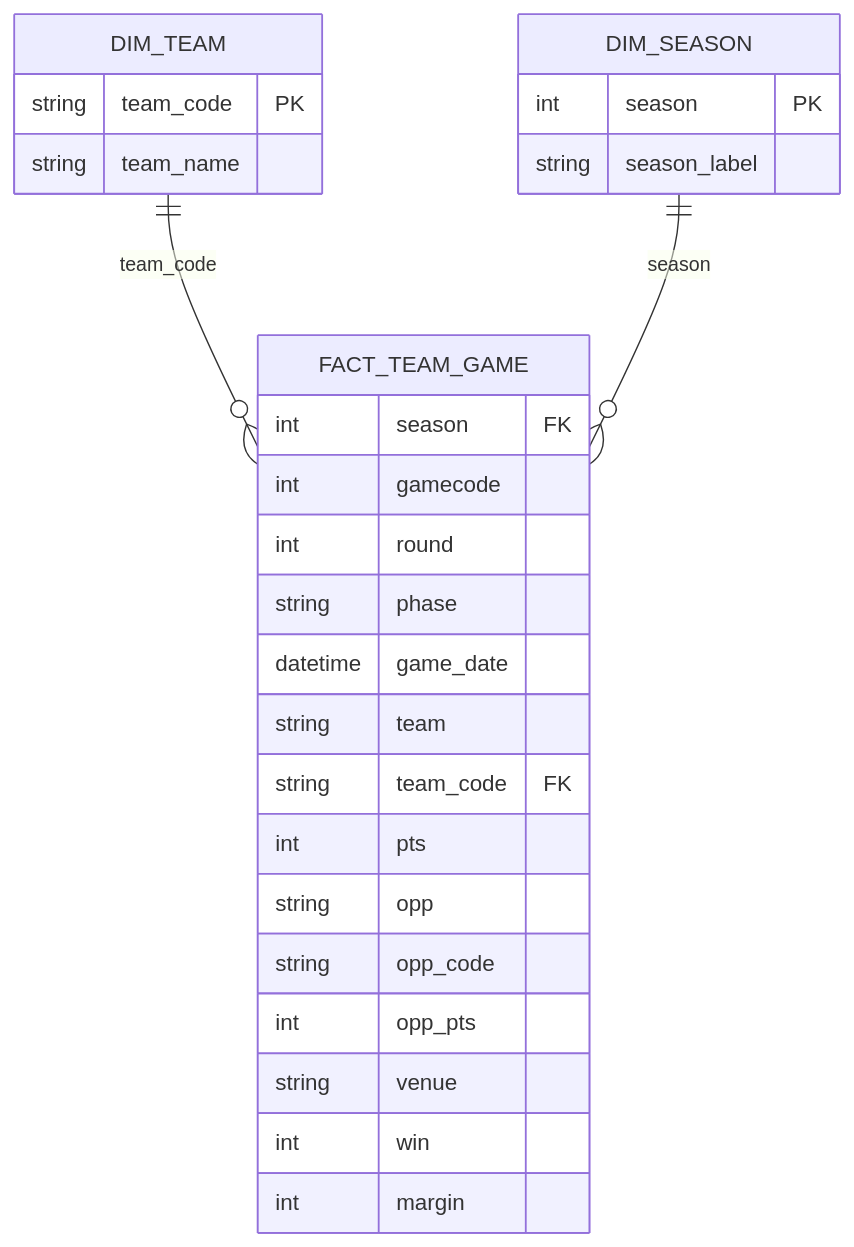
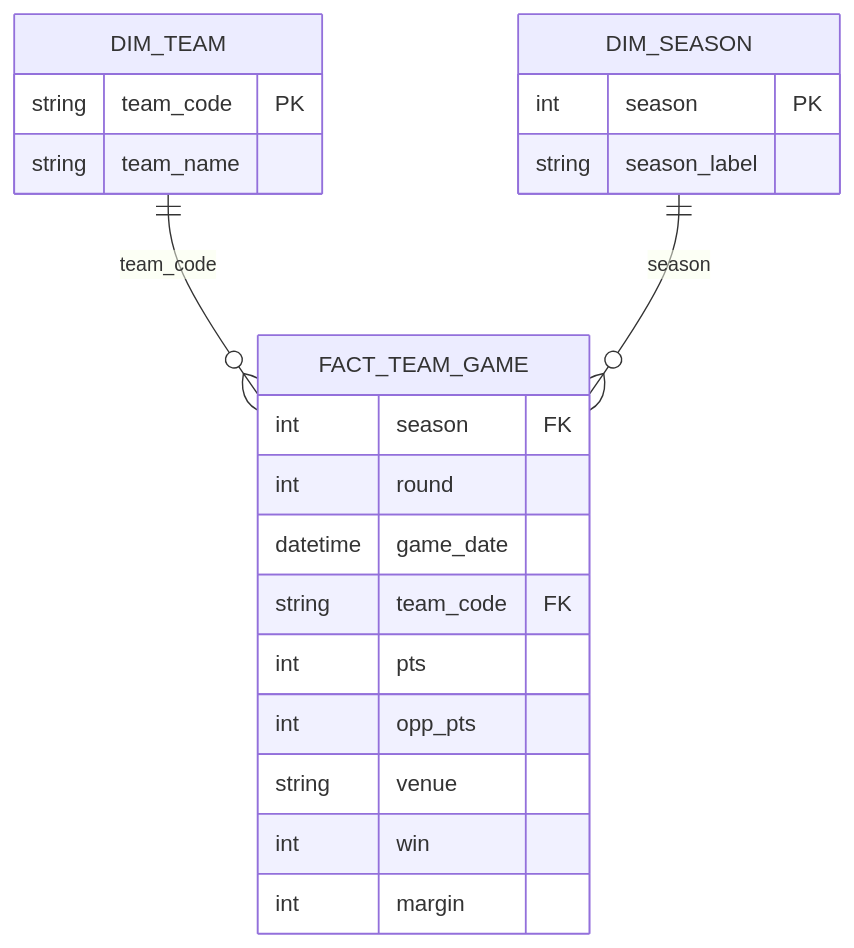
One commit to matvuc/euroleague-analytics changed the diagram in README.md. Above: the diagram before and after it, drawn with Mermaid. The commit also changed other lines of this file, not shown here.

````diff
--- a/README.md
+++ b/README.md
@@ -37,32 +38,24 @@
 ```mermaid
 erDiagram
     DIM_TEAM ||--o{ FACT_TEAM_GAME : "team_code"
     DIM_SEASON ||--o{ FACT_TEAM_GAME : "season"
-
     DIM_TEAM {
         string team_code PK
         string team_name
     }
-
     DIM_SEASON {
         int season PK
         string season_label
     }
-
     FACT_TEAM_GAME {
         int season FK
-        int gamecode
         int round
-        string phase
         datetime game_date
-        string team
         string team_code FK
         int pts
-        string opp
-        string opp_code
         int opp_pts
         string venue
         int win
         int margin
     }
 ```
````
